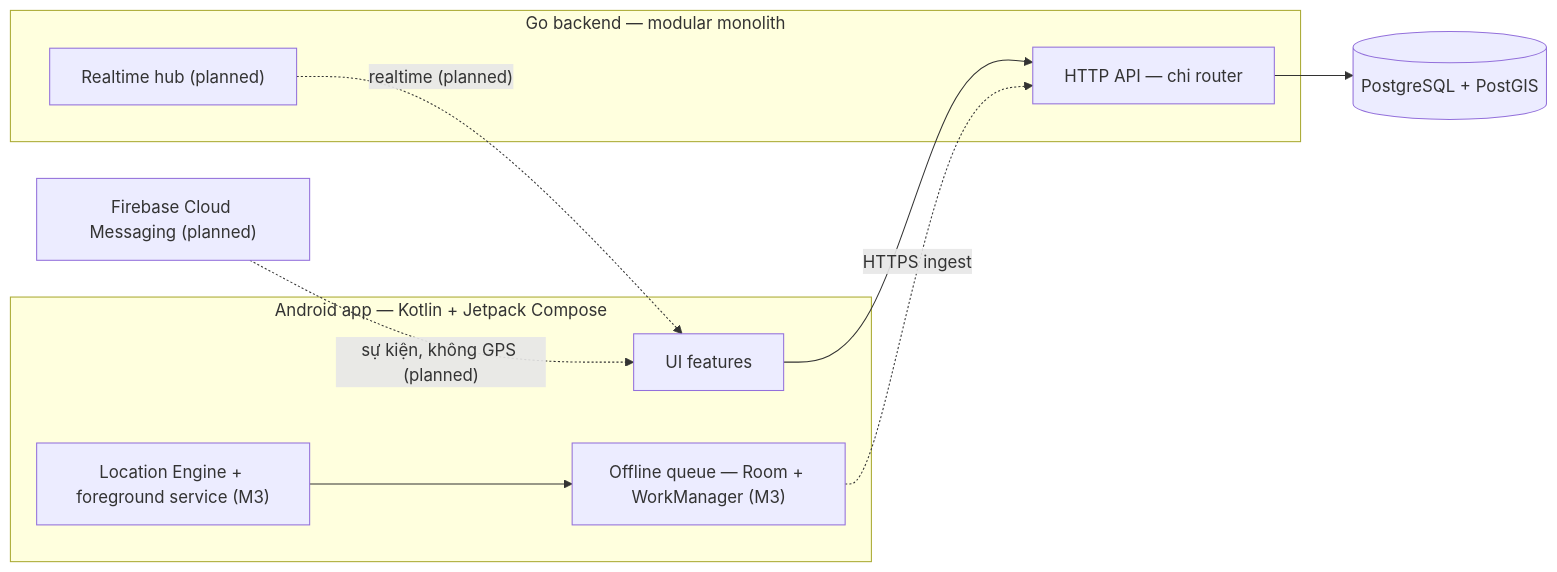
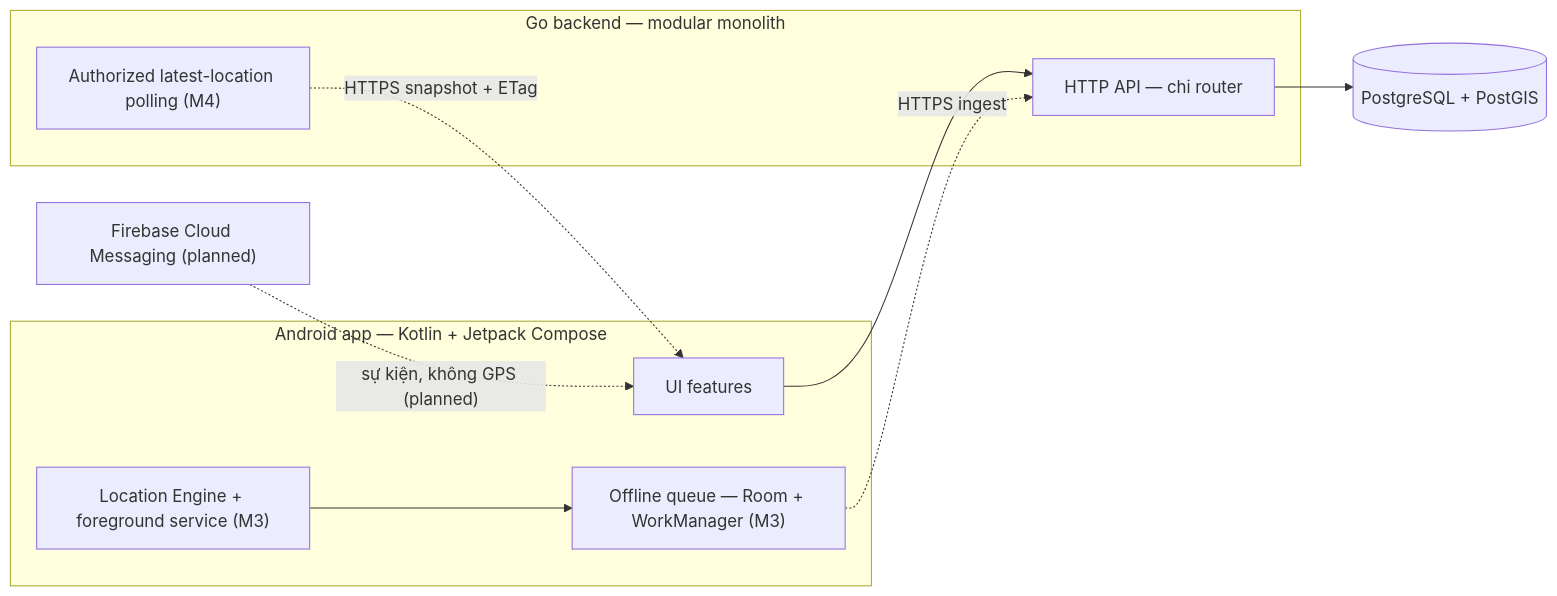
One commit to QuocDuong16/anve changed the diagram in README.md. Above: the diagram before and after it, drawn with Mermaid. The commit also changed other lines of this file and 43 other files, not shown here.

Commit message:
feat(location): add temporal audience authorization and live map

````diff
--- a/README.md
+++ b/README.md
@@ -77,20 +79,20 @@
 ```mermaid
 flowchart LR
     subgraph android["Android app — Kotlin + Jetpack Compose"]
         UI["UI features"]
         LE["Location Engine + foreground service (M3)"]
         SQ["Offline queue — Room + WorkManager (M3)"]
     end
     subgraph server["Go backend — modular monolith"]
         API["HTTP API — chi router"]
-        RT["Realtime hub (planned)"]
+        MAP["Authorized latest-location polling (M4)"]
     end
     DB[("PostgreSQL + PostGIS")]
     FCM["Firebase Cloud Messaging (planned)"]
     LE --> SQ
     SQ -. "HTTPS ingest" .-> API
     UI --> API
-    RT -. "realtime (planned)" .-> UI
+    MAP -. "HTTPS snapshot + ETag" .-> UI
     FCM -. "sự kiện, không GPS (planned)" .-> UI
     API --> DB
 ```
````
